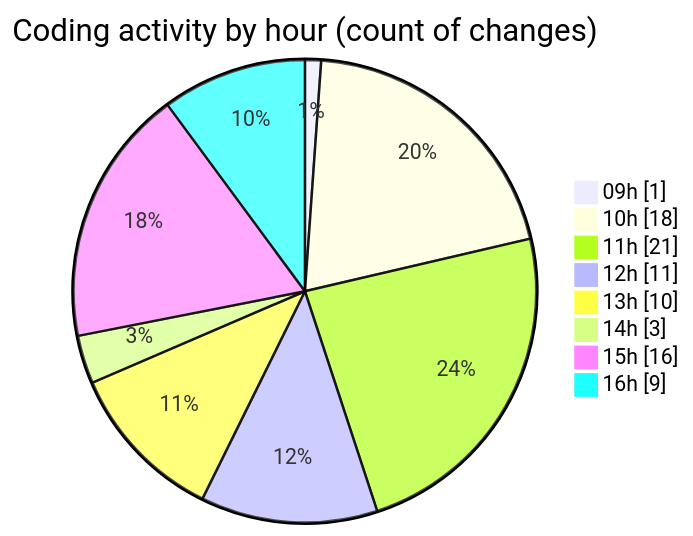
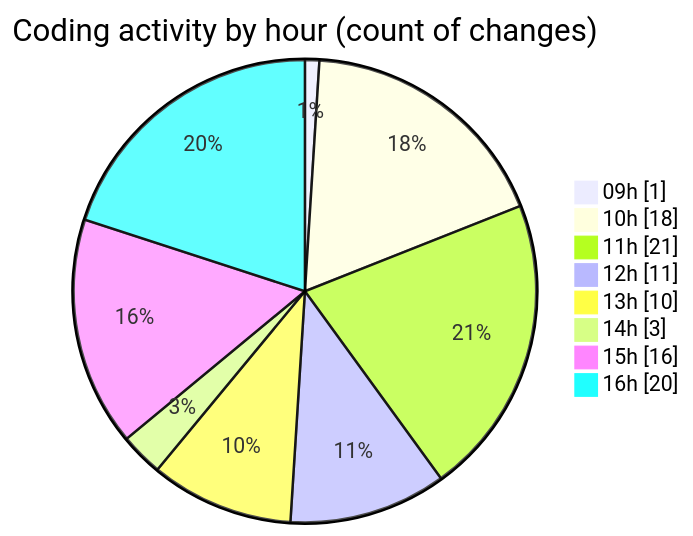
One commit to momahboobian/code-tracking changed the second of 2 diagrams in 2026-08-11/cda/README.md. Above: the diagram before and after it, drawn with Mermaid. The commit also changed other lines of this file and 1 other file, not shown here.

````diff
--- a/2026-08-11/cda/README.md
+++ b/2026-08-11/cda/README.md
@@ -63,12 +72,12 @@
 ```mermaid
 pie showData
 title Coding activity by hour (count of changes)
 "09h" : 1
 "10h" : 18
 "11h" : 21
 "12h" : 11
 "13h" : 10
 "14h" : 3
 "15h" : 16
-"16h" : 9
+"16h" : 20
 ```
````
